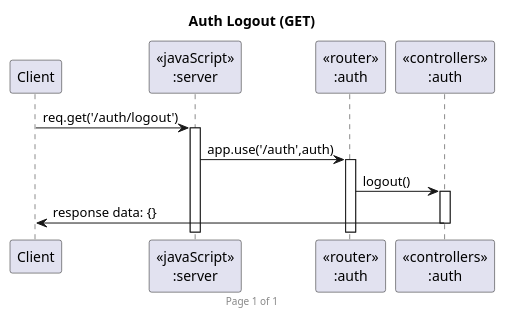
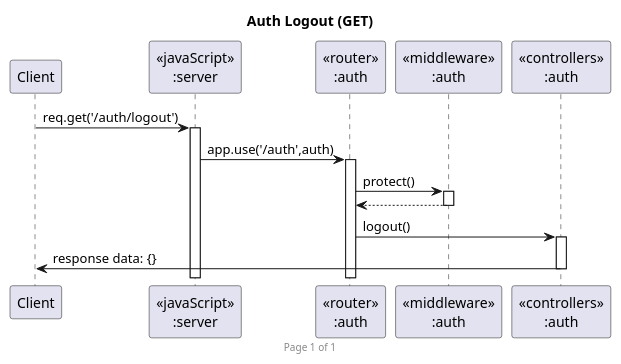
The diagram in Diagram/getLogout_seq.puml (JirayutP/Dentist), drawn with PlantUML before and after one commit. The commit also changed 4 other files, not shown here.

```diff
--- a/Diagram/getLogout_seq.puml
+++ b/Diagram/getLogout_seq.puml
@@ -1,16 +1,19 @@
 @startuml Auth Logout (GET)
 
 footer Page %page% of %lastpage%
 title "Auth Logout (GET)"
 
 participant "Client" as client
 participant "<<javaScript>>\n:server" as server
 participant "<<router>>\n:auth" as routerAuth
+participant "<<middleware>>\n:auth" as middlewareAuth
 participant "<<controllers>>\n:auth" as controllersAuth
 
 client->server ++:req.get('/auth/logout')
 server->routerAuth ++:app.use('/auth',auth)
+routerAuth -> middlewareAuth ++:protect()
+middlewareAuth --> routerAuth --:
 routerAuth -> controllersAuth ++:logout()
 controllersAuth->client --:response data: {}
 
 @enduml
```
